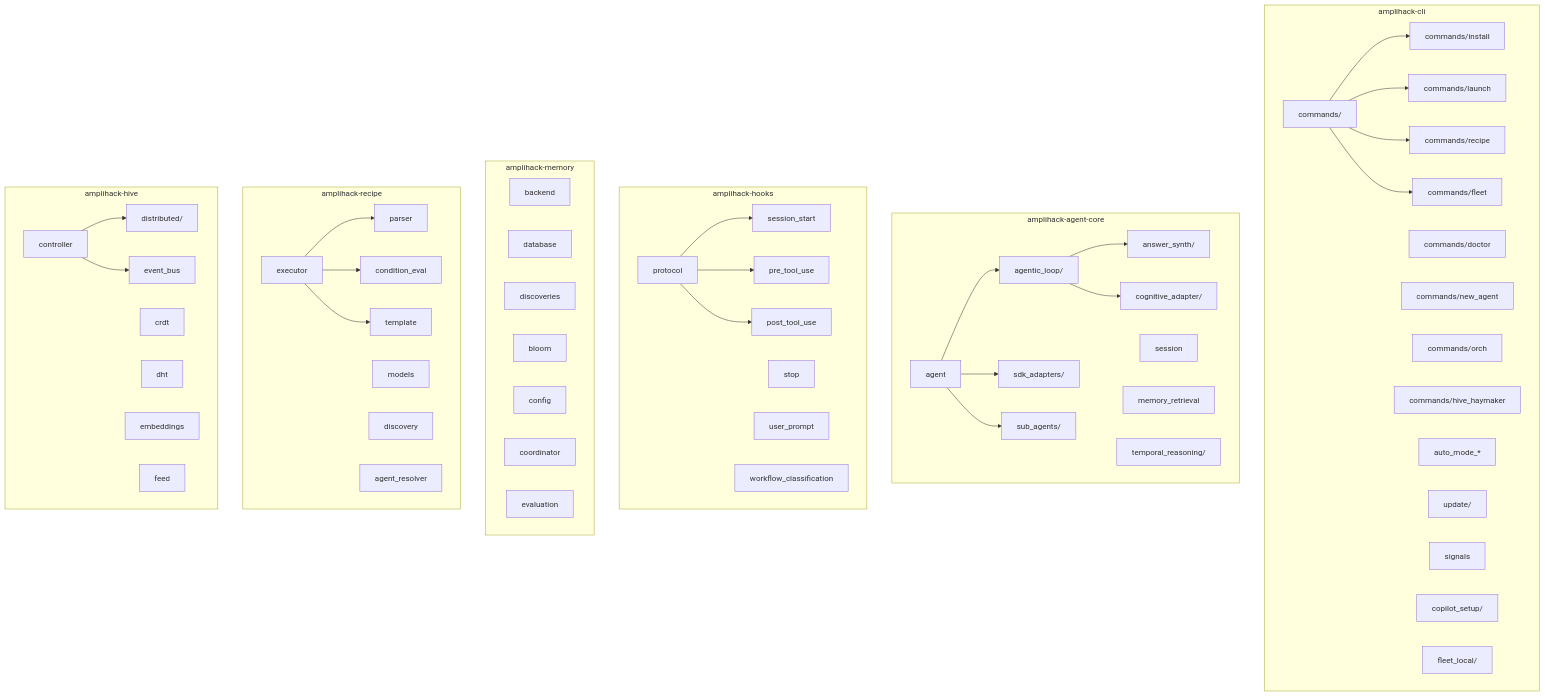
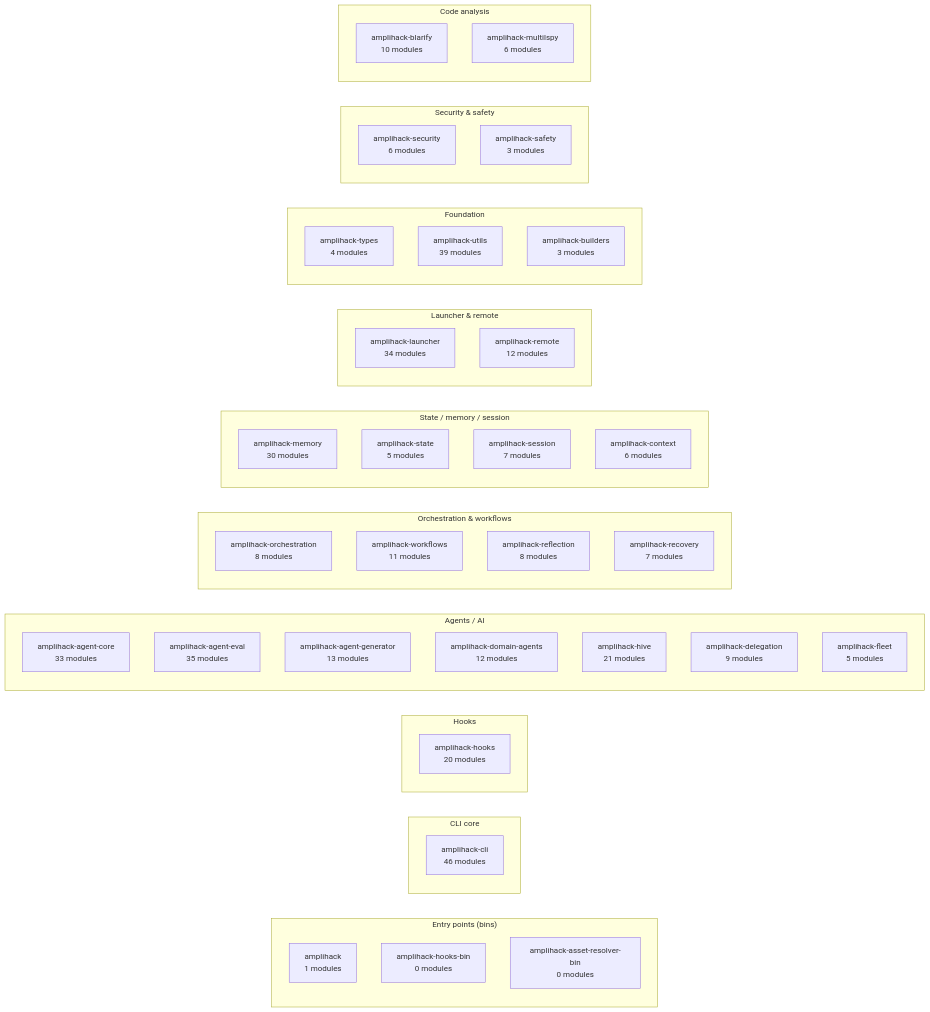
Before and after one commit to rysweet/amplihack-rs: the diagram in docs/atlas/service-components/service-components.mmd, drawn with Mermaid. The commit also changed 70 other files, not shown here.

```diff
--- a/docs/atlas/service-components/service-components.mmd
+++ b/docs/atlas/service-components/service-components.mmd
@@ -1,87 +1,50 @@
-graph TD
-    subgraph "amplihack-cli"
-        cli_commands_mod["commands/"]
-        cli_install["commands/install"]
-        cli_launch["commands/launch"]
-        cli_recipe_cmd["commands/recipe"]
-        cli_fleet_cmd["commands/fleet"]
-        cli_doctor_cmd["commands/doctor"]
-        cli_new_agent["commands/new_agent"]
-        cli_orch_cmd["commands/orch"]
-        cli_hive_cmd["commands/hive_haymaker"]
-        cli_auto_mode["auto_mode_*"]
-        cli_update["update/"]
-        cli_signals["signals"]
-        cli_copilot["copilot_setup/"]
-        cli_fleet_local["fleet_local/"]
-    end
-
-    subgraph "amplihack-agent-core"
-        ac_agent["agent"]
-        ac_agentic_loop["agentic_loop/"]
-        ac_sdk["sdk_adapters/"]
-        ac_sub_agents["sub_agents/"]
-        ac_answer_synth["answer_synth/"]
-        ac_cognitive["cognitive_adapter/"]
-        ac_session["session"]
-        ac_memory_retrieval["memory_retrieval"]
-        ac_temporal["temporal_reasoning/"]
-    end
-
-    subgraph "amplihack-hooks"
-        hk_session_start["session_start"]
-        hk_pre_tool["pre_tool_use"]
-        hk_post_tool["post_tool_use"]
-        hk_stop["stop"]
-        hk_user_prompt["user_prompt"]
-        hk_workflow["workflow_classification"]
-        hk_protocol["protocol"]
-    end
-
-    subgraph "amplihack-memory"
-        mem_backend["backend"]
-        mem_database["database"]
-        mem_discoveries["discoveries"]
-        mem_bloom["bloom"]
-        mem_config["config"]
-        mem_coordinator["coordinator"]
-        mem_evaluation["evaluation"]
-    end
-
-    subgraph "amplihack-recipe"
-        rcp_parser["parser"]
-        rcp_executor["executor"]
-        rcp_models["models"]
-        rcp_condition["condition_eval"]
-        rcp_template["template"]
-        rcp_discovery["discovery"]
-        rcp_agent_resolver["agent_resolver"]
-    end
-
-    subgraph "amplihack-hive"
-        hv_controller["controller"]
-        hv_distributed["distributed/"]
-        hv_crdt["crdt"]
-        hv_dht["dht"]
-        hv_embeddings["embeddings"]
-        hv_event_bus["event_bus"]
-        hv_feed["feed"]
-    end
-
-    cli_commands_mod --> cli_install
-    cli_commands_mod --> cli_launch
-    cli_commands_mod --> cli_recipe_cmd
-    cli_commands_mod --> cli_fleet_cmd
-    ac_agent --> ac_agentic_loop
-    ac_agent --> ac_sdk
-    ac_agent --> ac_sub_agents
-    ac_agentic_loop --> ac_answer_synth
-    ac_agentic_loop --> ac_cognitive
-    hk_protocol --> hk_session_start
-    hk_protocol --> hk_pre_tool
-    hk_protocol --> hk_post_tool
-    rcp_executor --> rcp_parser
-    rcp_executor --> rcp_condition
-    rcp_executor --> rcp_template
-    hv_controller --> hv_distributed
-    hv_controller --> hv_event_bus
+flowchart LR
+  subgraph entrypoints["Entry points (bins)"]
+    amplihack["amplihack<br/>1 modules"]
+    amplihack_hooks_bin["amplihack-hooks-bin<br/>0 modules"]
+    amplihack_asset_resolver_bin["amplihack-asset-resolver-bin<br/>0 modules"]
+  end
+  subgraph cli["CLI core"]
+    amplihack_cli["amplihack-cli<br/>46 modules"]
+  end
+  subgraph hooks["Hooks"]
+    amplihack_hooks["amplihack-hooks<br/>20 modules"]
+  end
+  subgraph agents["Agents / AI"]
+    amplihack_agent_core["amplihack-agent-core<br/>33 modules"]
+    amplihack_agent_eval["amplihack-agent-eval<br/>35 modules"]
+    amplihack_agent_generator["amplihack-agent-generator<br/>13 modules"]
+    amplihack_domain_agents["amplihack-domain-agents<br/>12 modules"]
+    amplihack_hive["amplihack-hive<br/>21 modules"]
+    amplihack_delegation["amplihack-delegation<br/>9 modules"]
+    amplihack_fleet["amplihack-fleet<br/>5 modules"]
+  end
+  subgraph orchestration["Orchestration & workflows"]
+    amplihack_orchestration["amplihack-orchestration<br/>8 modules"]
+    amplihack_workflows["amplihack-workflows<br/>11 modules"]
+    amplihack_reflection["amplihack-reflection<br/>8 modules"]
+    amplihack_recovery["amplihack-recovery<br/>7 modules"]
+  end
+  subgraph state_memory["State / memory / session"]
+    amplihack_memory["amplihack-memory<br/>30 modules"]
+    amplihack_state["amplihack-state<br/>5 modules"]
+    amplihack_session["amplihack-session<br/>7 modules"]
+    amplihack_context["amplihack-context<br/>6 modules"]
+  end
+  subgraph launch_remote["Launcher & remote"]
+    amplihack_launcher["amplihack-launcher<br/>34 modules"]
+    amplihack_remote["amplihack-remote<br/>12 modules"]
+  end
+  subgraph foundation["Foundation"]
+    amplihack_types["amplihack-types<br/>4 modules"]
+    amplihack_utils["amplihack-utils<br/>39 modules"]
+    amplihack_builders["amplihack-builders<br/>3 modules"]
+  end
+  subgraph security["Security & safety"]
+    amplihack_security["amplihack-security<br/>6 modules"]
+    amplihack_safety["amplihack-safety<br/>3 modules"]
+  end
+  subgraph code_analysis["Code analysis"]
+    amplihack_blarify["amplihack-blarify<br/>10 modules"]
+    amplihack_multilspy["amplihack-multilspy<br/>6 modules"]
+  end
```
